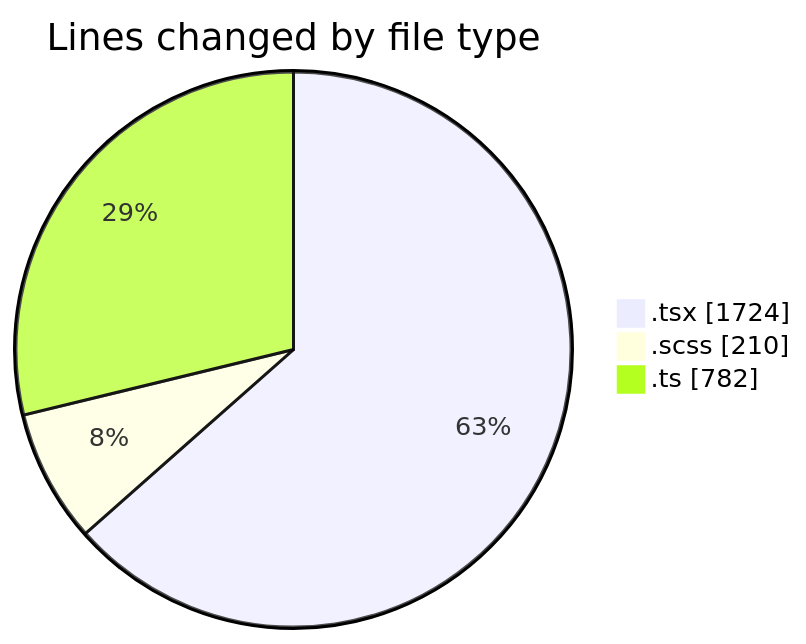
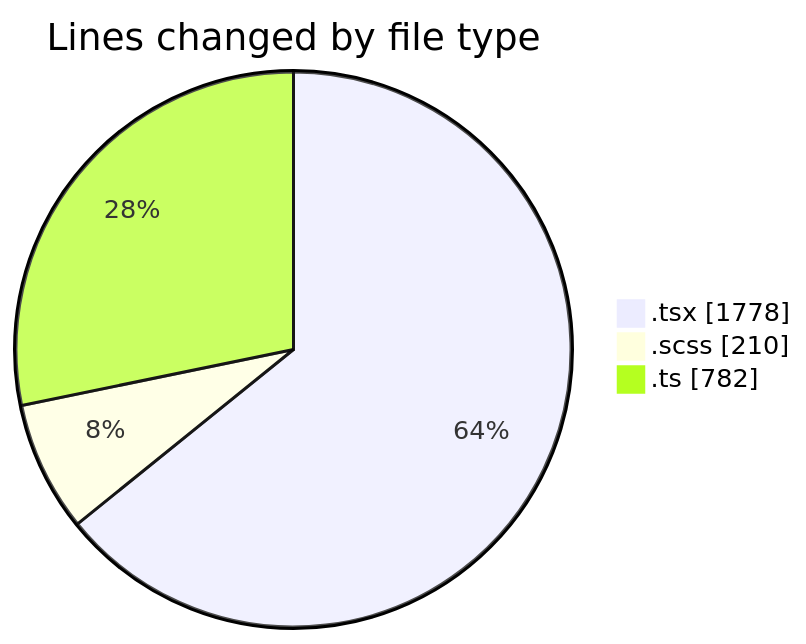
One commit to momahboobian/code-tracking changed the first of 2 diagrams in 2026-05-11/cda/README.md. Above: the diagram before and after it, drawn with Mermaid. The commit also changed other lines of this file and 1 other file, not shown here.

````diff
--- a/2026-05-11/cda/README.md
+++ b/2026-05-11/cda/README.md
@@ -36,7 +37,7 @@
 ```mermaid
 pie showData
 title Lines changed by file type
-".tsx" : 1724
+".tsx" : 1778
 ".scss" : 210
 ".ts" : 782
 ```
````
